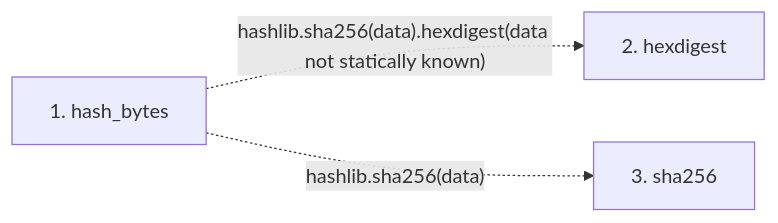
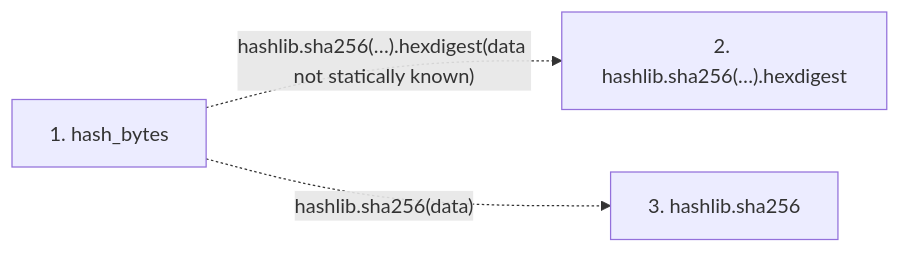
Before and after one commit to Denissvgn/python-wiki-llm: the second of 2 diagrams in docs/llm_wiki/flows/api-hash_bytes.md, drawn with Mermaid. The commit also changed other lines of this file and 719 other files, not shown here.

````diff
--- a/docs/llm_wiki/flows/api-hash_bytes.md
+++ b/docs/llm_wiki/flows/api-hash_bytes.md
@@ -22,9 +22,9 @@
 ```mermaid
 flowchart LR
     s1["1. hash_bytes"]
-    s2["2. hexdigest"]
-    s3["3. sha256"]
-    s1 -. "hashlib.sha256(data).hexdigest(data not statically known)" .-> s2
+    s2["2. hashlib.sha256(…).hexdigest"]
+    s3["3. hashlib.sha256"]
+    s1 -. "hashlib.sha256(…).hexdigest(data not statically known)" .-> s2
     s1 -. "hashlib.sha256(data)" .-> s3
     click s1 "../modules/documentation_policy.md"
 ```
````
